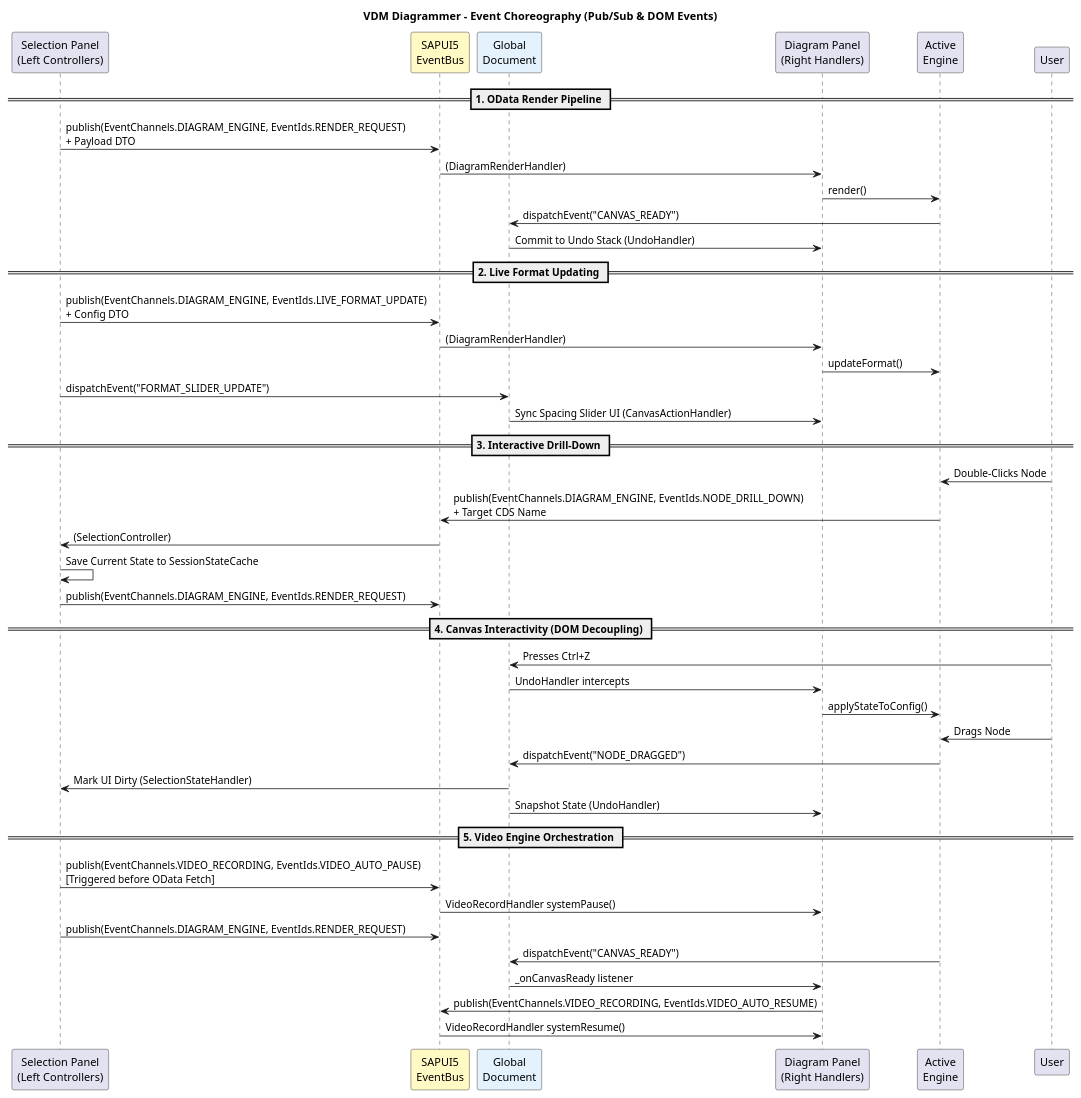
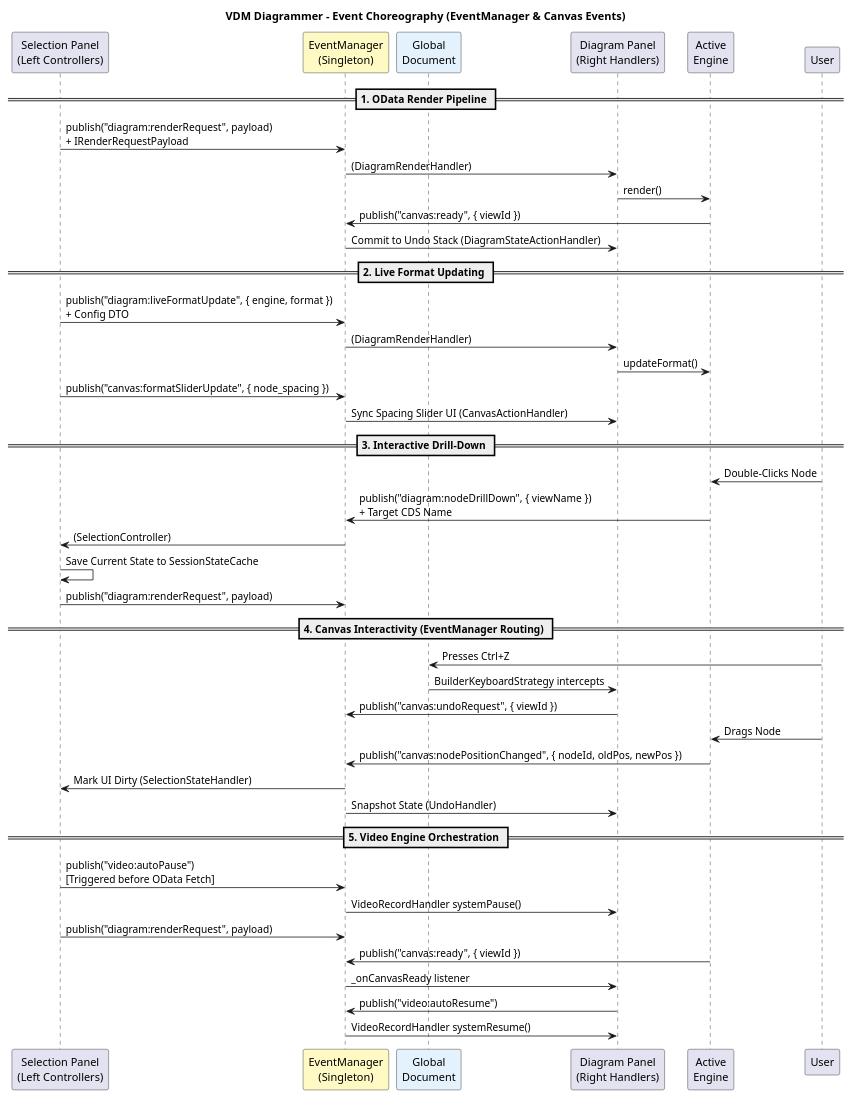
Before and after one commit to SiliconStreetDev1/abap-vdm-cds-diagram-ui: the diagram in design/event_choreography.puml, drawn with PlantUML. The commit also changed 4 other files, not shown here.

```diff
--- a/design/event_choreography.puml
+++ b/design/event_choreography.puml
@@ -1,53 +1,53 @@
 @startuml
-title VDM Diagrammer - Event Choreography (Pub/Sub & DOM Events)
+title VDM Diagrammer - Event Choreography (EventManager & Canvas Events)
 
 skinparam handwritten false
 skinparam responseMessageBelowArrow true
 
 participant "Selection Panel\n(Left Controllers)" as Left
-participant "SAPUI5\nEventBus" as Bus #FFF9C4
+participant "EventManager\n(Singleton)" as Bus #FFF9C4
 participant "Global\nDocument" as DOM #E3F2FD
 participant "Diagram Panel\n(Right Handlers)" as Right
 participant "Active\nEngine" as Engine
 
 == 1. OData Render Pipeline ==
-Left -> Bus : publish(EventChannels.DIAGRAM_ENGINE, EventIds.RENDER_REQUEST)\n+ Payload DTO
+Left -> Bus : publish("diagram:renderRequest", payload)\n+ IRenderRequestPayload
 Bus -> Right : (DiagramRenderHandler)
 Right -> Engine : render()
-Engine -> DOM : dispatchEvent("CANVAS_READY")
-DOM -> Right : Commit to Undo Stack (UndoHandler)
+Engine -> Bus : publish("canvas:ready", { viewId })
+Bus -> Right : Commit to Undo Stack (DiagramStateActionHandler)
 
 == 2. Live Format Updating ==
-Left -> Bus : publish(EventChannels.DIAGRAM_ENGINE, EventIds.LIVE_FORMAT_UPDATE)\n+ Config DTO
+Left -> Bus : publish("diagram:liveFormatUpdate", { engine, format })\n+ Config DTO
 Bus -> Right : (DiagramRenderHandler)
 Right -> Engine : updateFormat()
-Left -> DOM : dispatchEvent("FORMAT_SLIDER_UPDATE")
-DOM -> Right : Sync Spacing Slider UI (CanvasActionHandler)
+Left -> Bus : publish("canvas:formatSliderUpdate", { node_spacing })
+Bus -> Right : Sync Spacing Slider UI (CanvasActionHandler)
 
 == 3. Interactive Drill-Down ==
 User -> Engine : Double-Clicks Node
-Engine -> Bus : publish(EventChannels.DIAGRAM_ENGINE, EventIds.NODE_DRILL_DOWN)\n+ Target CDS Name
+Engine -> Bus : publish("diagram:nodeDrillDown", { viewName })\n+ Target CDS Name
 Bus -> Left : (SelectionController)
 Left -> Left : Save Current State to SessionStateCache
-Left -> Bus : publish(EventChannels.DIAGRAM_ENGINE, EventIds.RENDER_REQUEST)
+Left -> Bus : publish("diagram:renderRequest", payload)
 
-== 4. Canvas Interactivity (DOM Decoupling) ==
+== 4. Canvas Interactivity (EventManager Routing) ==
 User -> DOM : Presses Ctrl+Z
-DOM -> Right : UndoHandler intercepts
-Right -> Engine : applyStateToConfig()
+DOM -> Right : BuilderKeyboardStrategy intercepts
+Right -> Bus : publish("canvas:undoRequest", { viewId })
 
 User -> Engine : Drags Node
-Engine -> DOM : dispatchEvent("NODE_DRAGGED")
-DOM -> Left : Mark UI Dirty (SelectionStateHandler)
-DOM -> Right : Snapshot State (UndoHandler)
+Engine -> Bus : publish("canvas:nodePositionChanged", { nodeId, oldPos, newPos })
+Bus -> Left : Mark UI Dirty (SelectionStateHandler)
+Bus -> Right : Snapshot State (UndoHandler)
 
 == 5. Video Engine Orchestration ==
-Left -> Bus : publish(EventChannels.VIDEO_RECORDING, EventIds.VIDEO_AUTO_PAUSE)\n[Triggered before OData Fetch]
+Left -> Bus : publish("video:autoPause")\n[Triggered before OData Fetch]
 Bus -> Right : VideoRecordHandler systemPause()
-Left -> Bus : publish(EventChannels.DIAGRAM_ENGINE, EventIds.RENDER_REQUEST)
-Engine -> DOM : dispatchEvent("CANVAS_READY")
-DOM -> Right : _onCanvasReady listener
-Right -> Bus : publish(EventChannels.VIDEO_RECORDING, EventIds.VIDEO_AUTO_RESUME)
+Left -> Bus : publish("diagram:renderRequest", payload)
+Engine -> Bus : publish("canvas:ready", { viewId })
+Bus -> Right : _onCanvasReady listener
+Right -> Bus : publish("video:autoResume")
 Bus -> Right : VideoRecordHandler systemResume()
 
 @enduml
```
